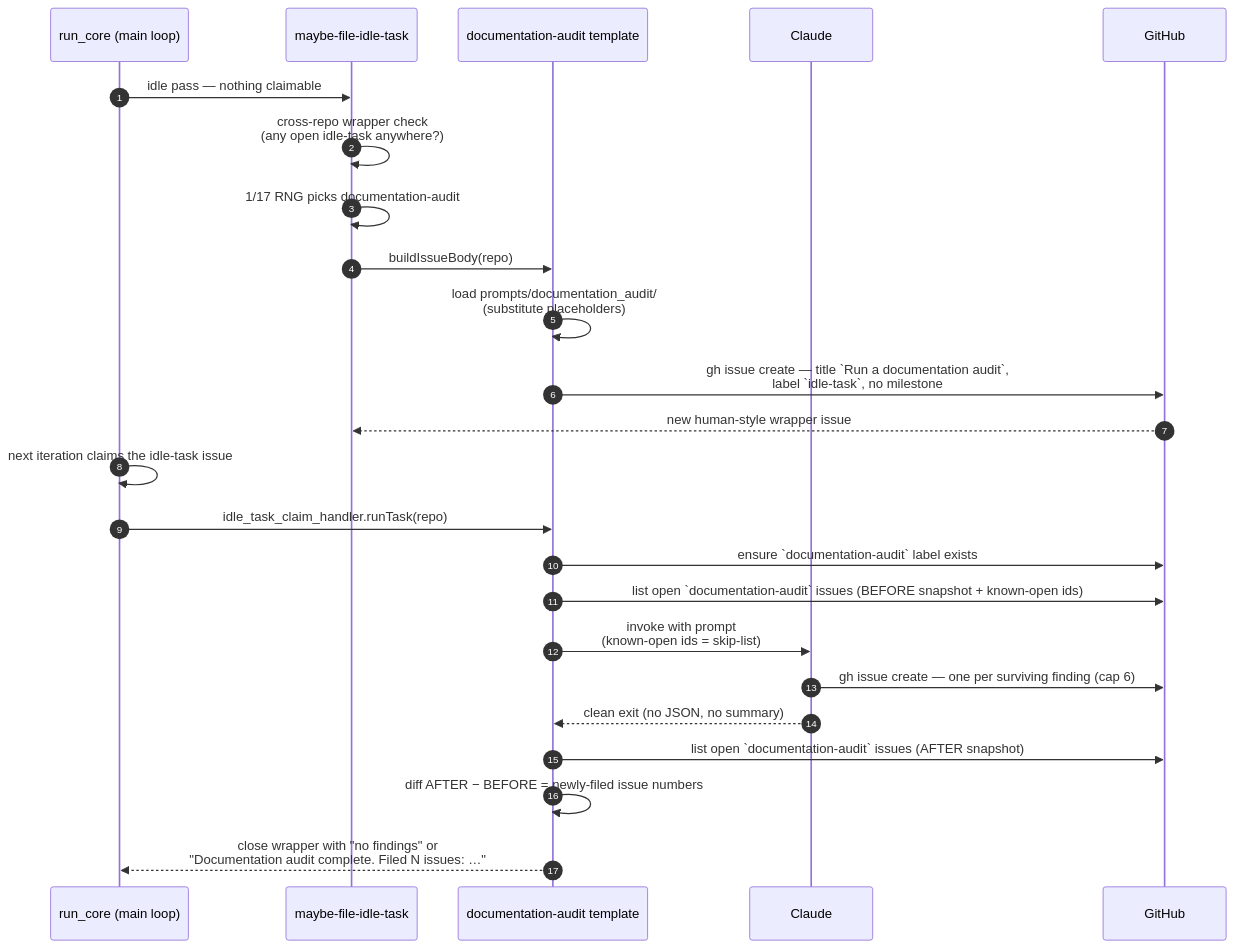
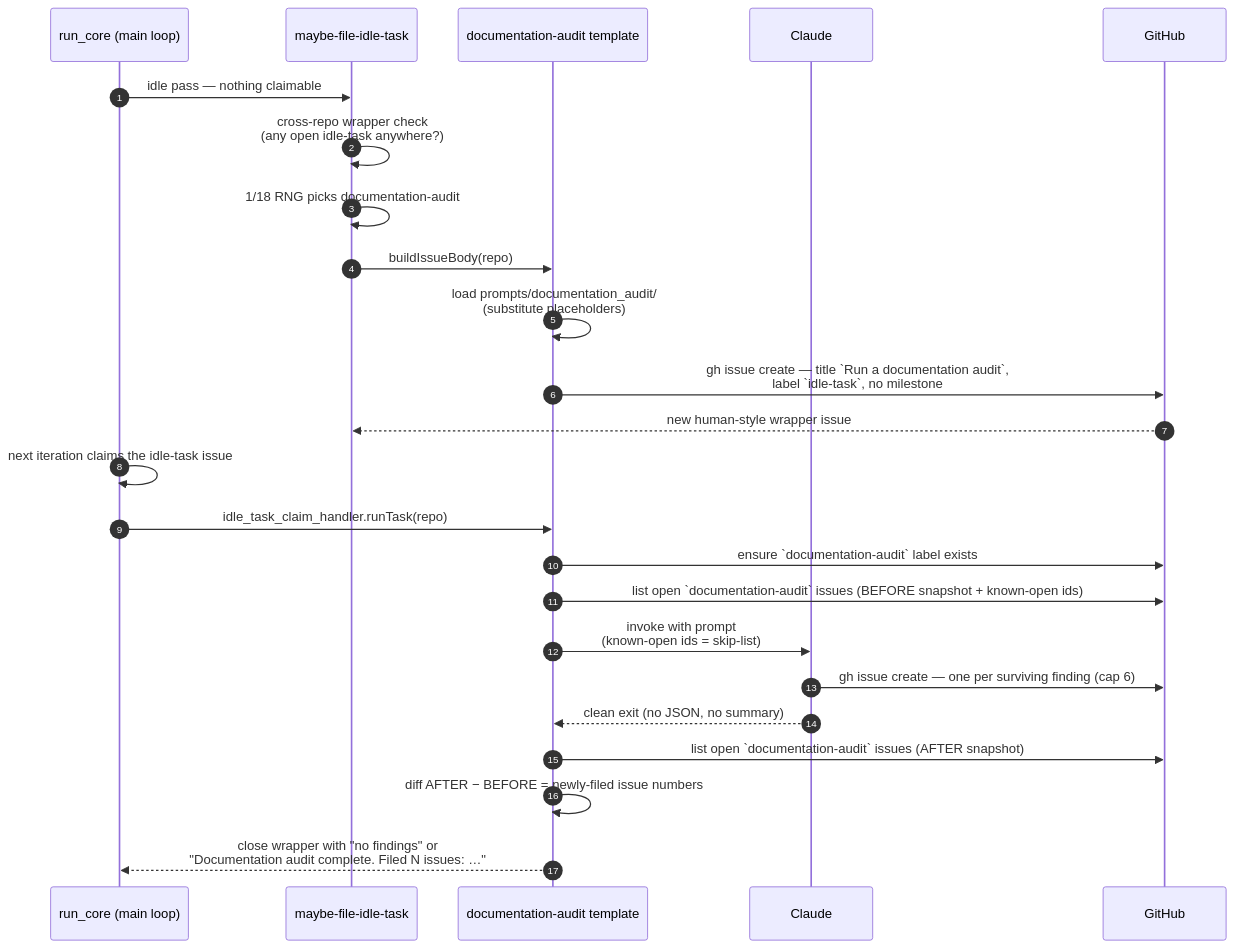
The diagram in docs/DOCUMENTATION-AUDIT-SCAN.md (stSoftwareAU/VibeCoder), drawn with Mermaid before and after one commit. The commit also changed 11 other files, not shown here.

````diff
--- a/docs/DOCUMENTATION-AUDIT-SCAN.md
+++ b/docs/DOCUMENTATION-AUDIT-SCAN.md
@@ -136,27 +136,27 @@
 ```mermaid
 sequenceDiagram
     autonumber
     participant Main as run_core (main loop)
     participant Filer as maybe-file-idle-task
     participant Template as documentation-audit template
     participant Claude
     participant GH as GitHub
 
     Main->>Filer: idle pass — nothing claimable
     Filer->>Filer: cross-repo wrapper check<br/>(any open idle-task anywhere?)
-    Filer->>Filer: 1/17 RNG picks documentation-audit
+    Filer->>Filer: 1/18 RNG picks documentation-audit
     Filer->>Template: buildIssueBody(repo)
     Template->>Template: load prompts/documentation_audit/<br/>(substitute placeholders)
     Template->>GH: gh issue create — title `Run a documentation audit`,<br/>label `idle-task`, no milestone
     GH-->>Filer: new human-style wrapper issue
     Main->>Main: next iteration claims the idle-task issue
     Main->>Template: idle_task_claim_handler.runTask(repo)
     Template->>GH: ensure `documentation-audit` label exists
     Template->>GH: list open `documentation-audit` issues (BEFORE snapshot + known-open ids)
     Template->>Claude: invoke with prompt<br/>(known-open ids = skip-list)
     Claude->>GH: gh issue create — one per surviving finding (cap 6)
     Claude-->>Template: clean exit (no JSON, no summary)
     Template->>GH: list open `documentation-audit` issues (AFTER snapshot)
     Template->>Template: diff AFTER − BEFORE = newly-filed issue numbers
     Template-->>Main: close wrapper with "no findings" or<br/>"Documentation audit complete. Filed N issues: …"
 ```
````
